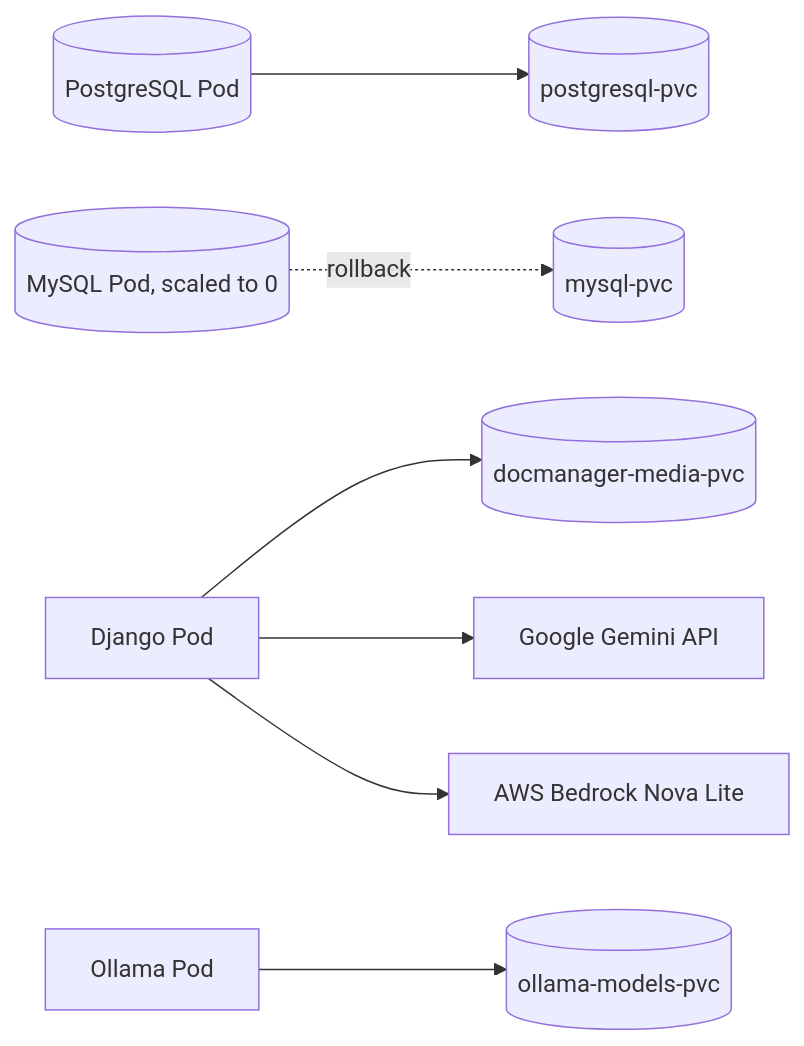
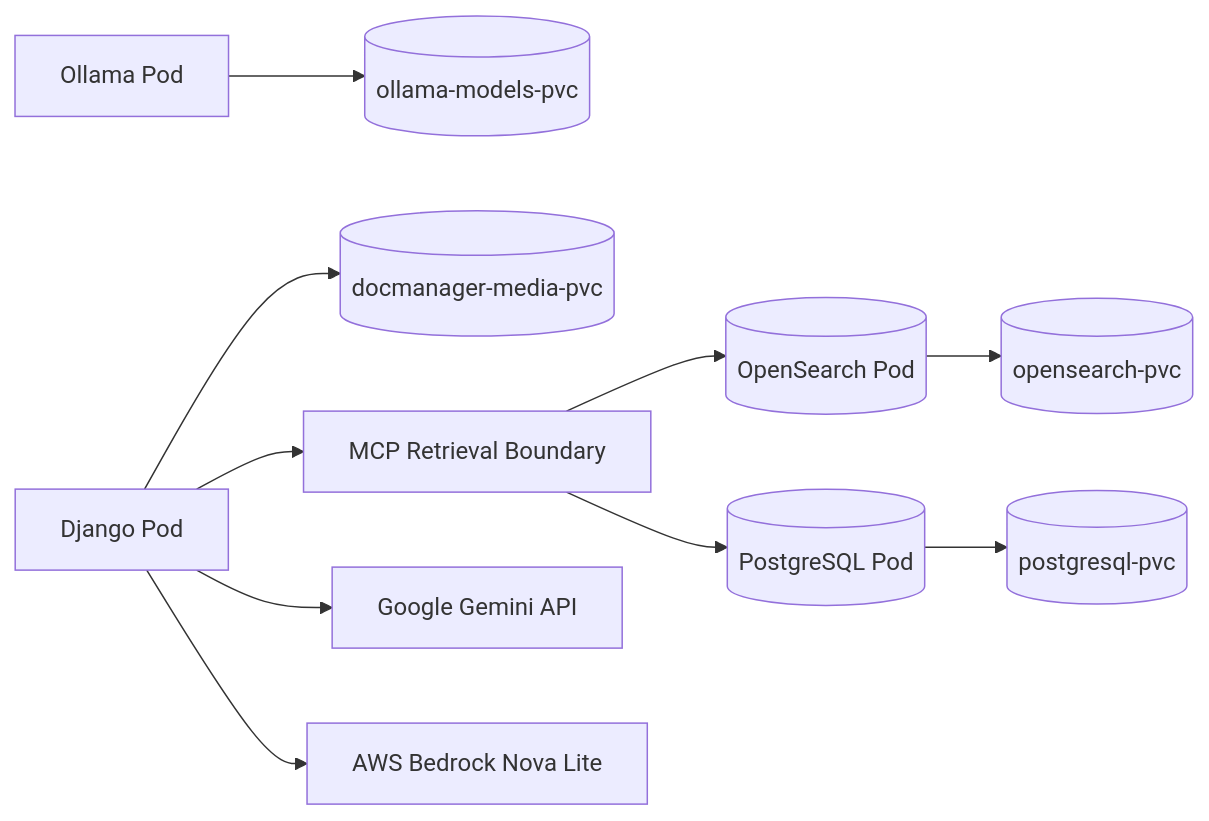
The third of 3 diagrams in docs/deployment.md (khaliqueaws-creator/document-management), drawn with Mermaid before and after one commit. The commit also changed other lines of this file and 70 other files, not shown here.

First line of the commit message:
Add MCP retrieval observability

````diff
--- a/docs/deployment.md
+++ b/docs/deployment.md
@@ -220,9 +237,12 @@
 ```mermaid
 flowchart LR
     PostgreSQL[(PostgreSQL Pod)] --> DBPVC[(postgresql-pvc)]
-    MySQL[(MySQL Pod, scaled to 0)] -. rollback .-> MySQLPVC[(mysql-pvc)]
+    OpenSearch[(OpenSearch Pod)] --> SearchPVC[(opensearch-pvc)]
     Django[Django Pod] --> MediaPVC[(docmanager-media-pvc)]
     Ollama[Ollama Pod] --> ModelPVC[(ollama-models-pvc)]
+    Django --> MCP[MCP Retrieval Boundary]
+    MCP --> OpenSearch
+    MCP --> PostgreSQL
     Django --> Gemini[Google Gemini API]
     Django --> Bedrock[AWS Bedrock Nova Lite]
 ```
````
